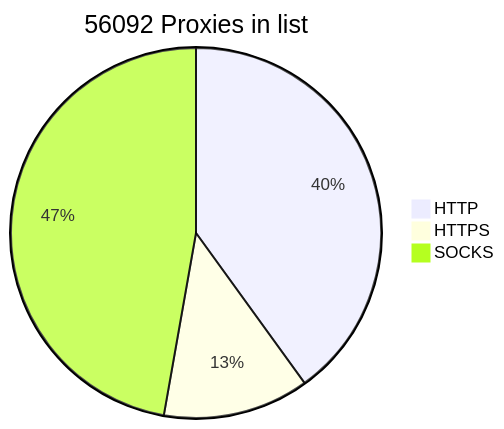
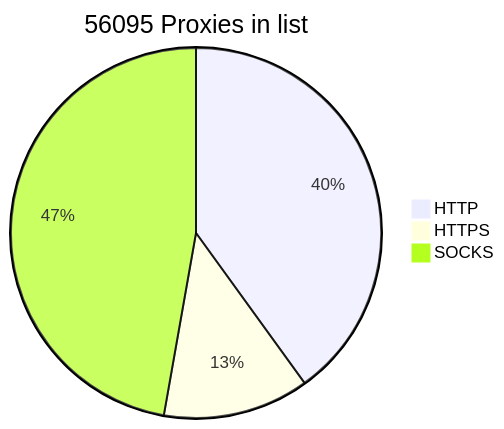
The diagram in README.md (BlackSnowDot/proxylist-update-every-minute), drawn with Mermaid before and after one commit.

````diff
--- a/README.md
+++ b/README.md
@@ -2,6 +2,6 @@
 ```mermaid
-pie title 56092 Proxies in list
-    "HTTP" : 25189
+pie title 56095 Proxies in list
+    "HTTP" : 25192
     "HTTPS": 8025
-    "SOCKS" : 29712
+    "SOCKS" : 29715
 ```
````
